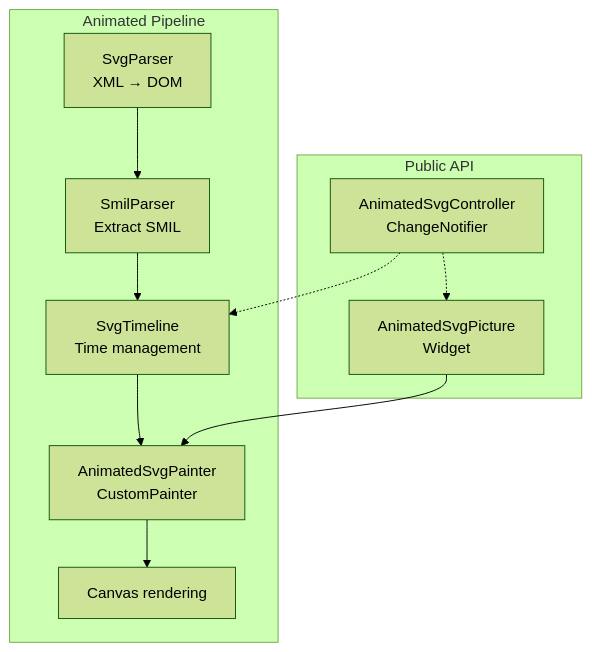
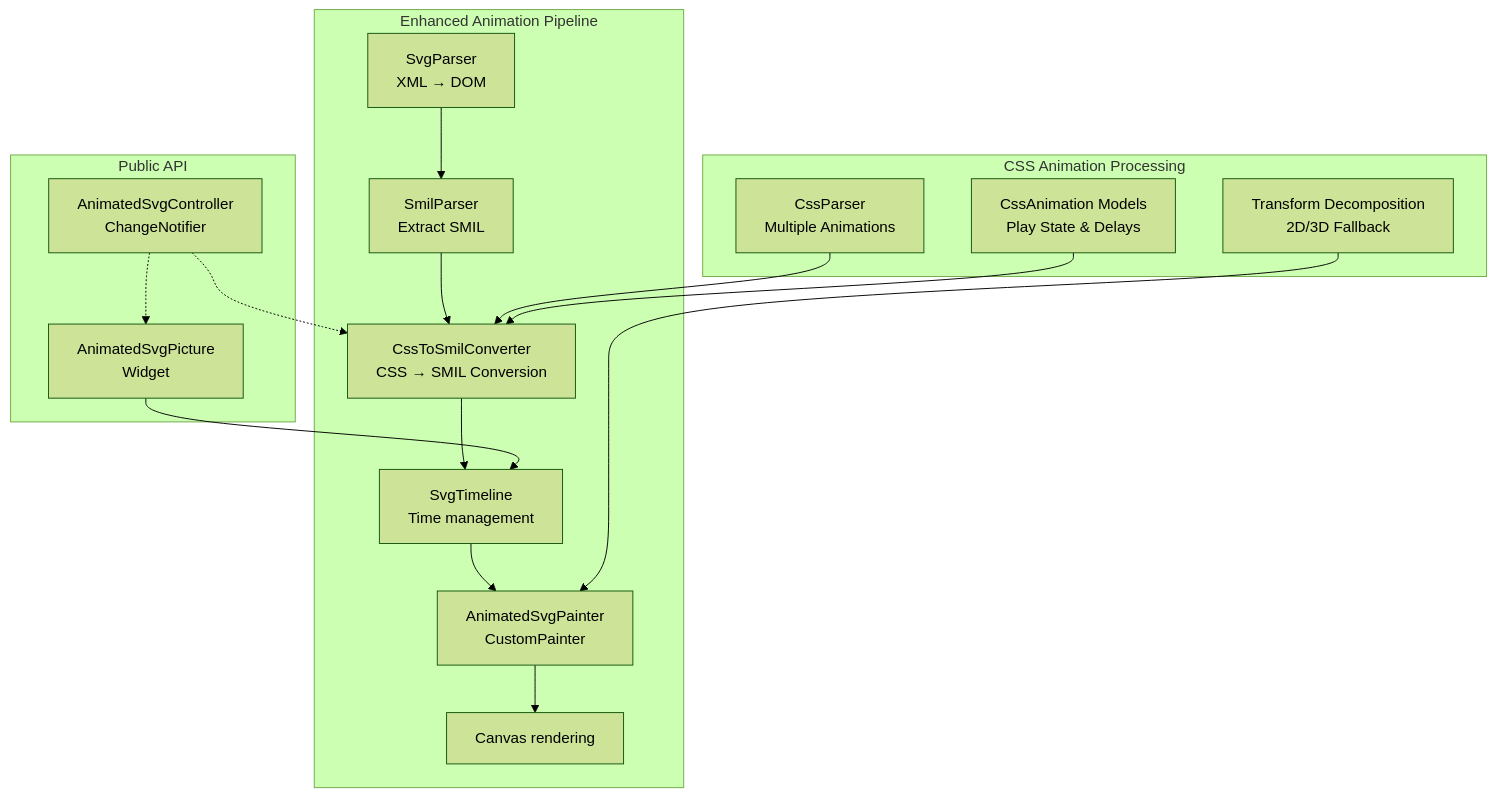
Before and after one commit to denisnadey/flutter_full_svg_support: the first of 3 diagrams in .qoder/repowiki/en/content/Animated SVG Support/Animation Control and Playback.md, drawn with Mermaid (forest theme). The commit also changed other lines of this file and 39 other files, not shown here.

First line of the commit message:
feat(animation): add advanced CSS processing and 3D transform support

````diff
--- a/.qoder/repowiki/en/content/Animated SVG Support/Animation Control and Playback.md
+++ b/.qoder/repowiki/en/content/Animated SVG Support/Animation Control and Playback.md
@@ -37,16 +57,25 @@
 ```mermaid
 graph TB
-subgraph "Animated Pipeline"
+subgraph "Enhanced Animation Pipeline"
 A["SvgParser<br/>XML → DOM"] --> B["SmilParser<br/>Extract SMIL"]
-B --> C["SvgTimeline<br/>Time management"]
-C --> D["AnimatedSvgPainter<br/>CustomPainter"]
-D --> E["Canvas rendering"]
+B --> C["CssToSmilConverter<br/>CSS → SMIL Conversion"]
+C --> D["SvgTimeline<br/>Time management"]
+D --> E["AnimatedSvgPainter<br/>CustomPainter"]
+E --> F["Canvas rendering"]
+end
+subgraph "CSS Animation Processing"
+G["CssParser<br/>Multiple Animations"]
+H["CssAnimation Models<br/>Play State & Delays"]
+I["Transform Decomposition<br/>2D/3D Fallback"]
 end
 subgraph "Public API"
-F["AnimatedSvgPicture<br/>Widget"]
-G["AnimatedSvgController<br/>ChangeNotifier"]
+J["AnimatedSvgPicture<br/>Widget"]
+K["AnimatedSvgController<br/>ChangeNotifier"]
 end
-F --> D
-G -.-> C
-G -.-> F
+G --> C
+H --> C
+I --> E
+J --> D
+K -.-> C
+K -.-> J
 ```
````
